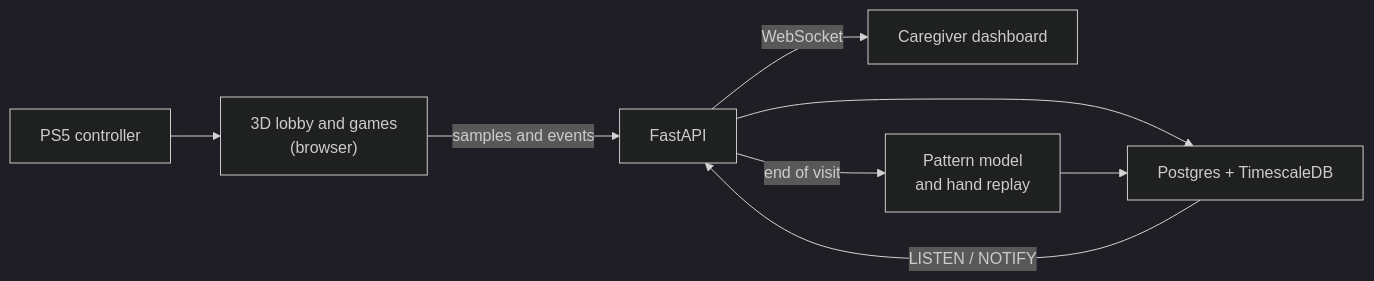
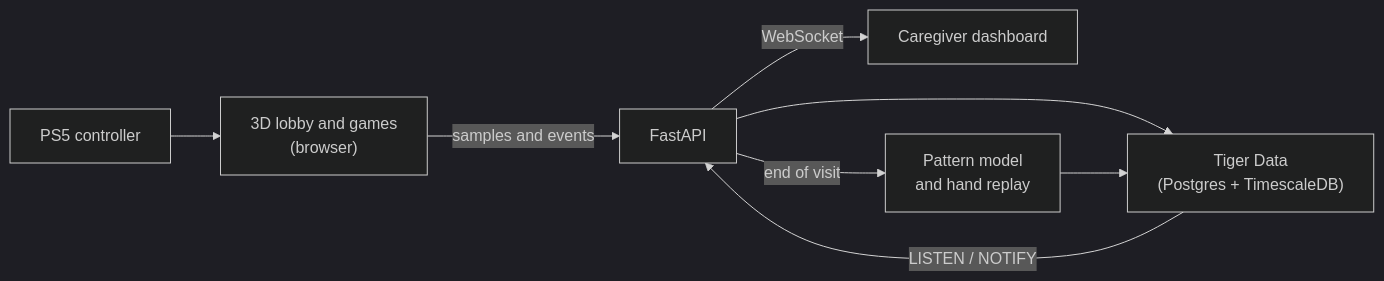
One commit to bryanlaiwei/StickDrift changed the diagram in README.md. Above: the diagram before and after it, drawn with Mermaid (dark theme). The commit also changed other lines of this file, not shown here.

````diff
--- a/README.md
+++ b/README.md
@@ -41,10 +39,10 @@
 ```mermaid
 flowchart LR
   pad["PS5 controller"] --> lobby["3D lobby and games<br/>(browser)"]
   lobby -- "samples and events" --> api["FastAPI"]
-  api --> db["Postgres + TimescaleDB"]
+  api --> db["Tiger Data<br/>(Postgres + TimescaleDB)"]
   db -- "LISTEN / NOTIFY" --> api
   api -- "WebSocket" --> care["Caregiver dashboard"]
   api -- "end of visit" --> ml["Pattern model<br/>and hand replay"]
   ml --> db
 ```
````
